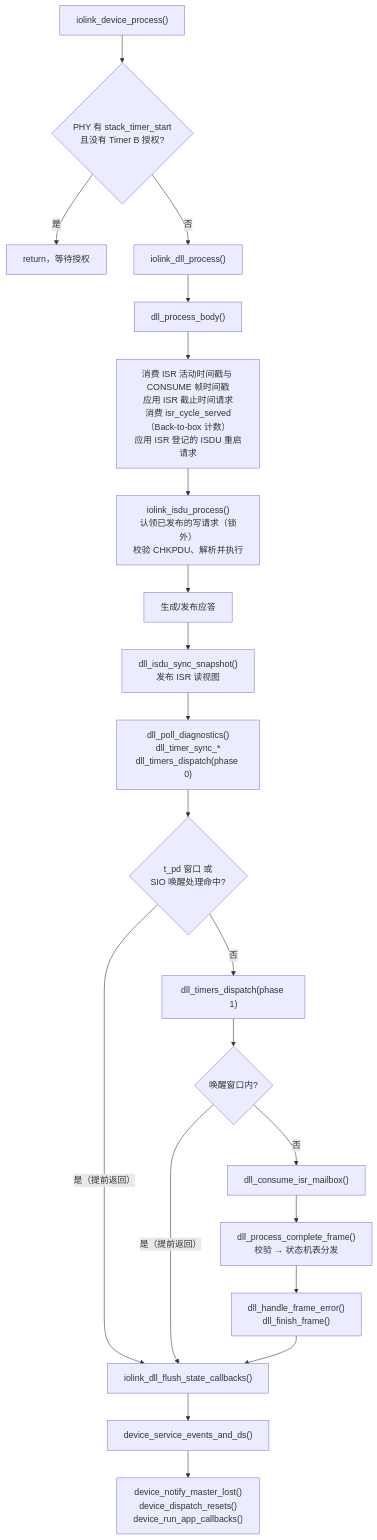
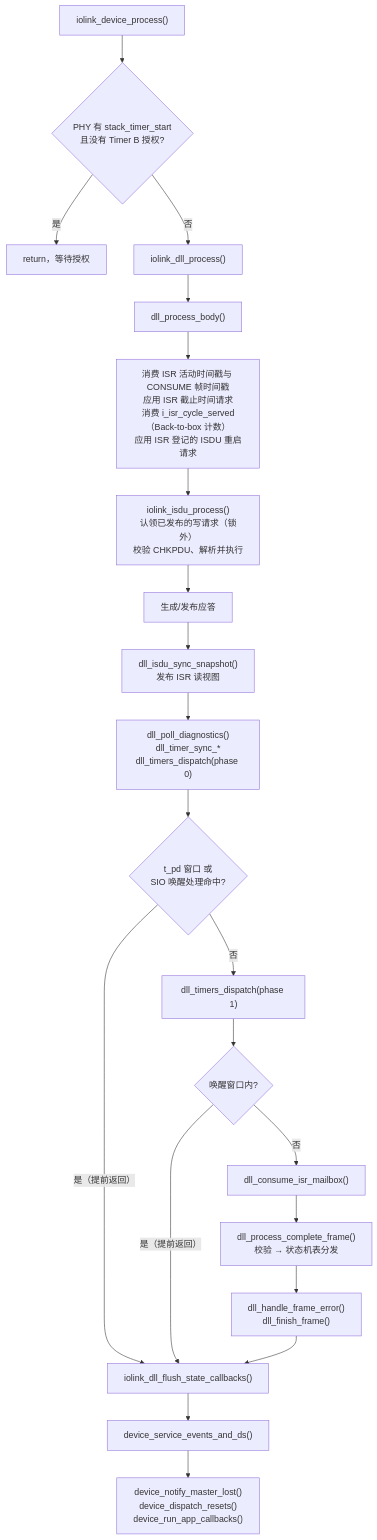
One commit to Adlyq/iolinki changed the fifth of 17 diagrams in docs/CODE_FLOW.md. Above: the diagram before and after it, drawn with Mermaid. The commit also changed other lines of this file and 32 other files, not shown here.

````diff
--- a/docs/CODE_FLOW.md
+++ b/docs/CODE_FLOW.md
@@ -410,23 +410,23 @@
 ```mermaid
 flowchart TD
     A["iolink_device_process()"] --> B{"PHY 有 stack_timer_start<br/>且没有 Timer B 授权?"}
     B -- 是 --> Z["return，等待授权"]
     B -- 否 --> C["iolink_dll_process()"]
     C --> C1["dll_process_body()"]
-    C1 --> C2["消费 ISR 活动时间戳与 CONSUME 帧时间戳<br/>应用 ISR 截止时间请求<br/>消费 isr_cycle_served（Back-to-box 计数）<br/>应用 ISR 登记的 ISDU 重启请求"]
+    C1 --> C2["消费 ISR 活动时间戳与 CONSUME 帧时间戳<br/>应用 ISR 截止时间请求<br/>消费 i_isr_cycle_served（Back-to-box 计数）<br/>应用 ISR 登记的 ISDU 重启请求"]
     C2 --> D["iolink_isdu_process()<br/>认领已发布的写请求（锁外）<br/>校验 CHKPDU、解析并执行"]
     D --> E["生成/发布应答"]
     E --> F["dll_isdu_sync_snapshot()<br/>发布 ISR 读视图"]
     F --> G["dll_poll_diagnostics()<br/>dll_timer_sync_*<br/>dll_timers_dispatch(phase 0)"]
     G --> G1{"t_pd 窗口 或<br/>SIO 唤醒处理命中?"}
     G1 -- "是（提前返回）" --> H
     G1 -- 否 --> G2["dll_timers_dispatch(phase 1)"]
     G2 --> G3{"唤醒窗口内?"}
     G3 -- "是（提前返回）" --> H
     G3 -- 否 --> G4["dll_consume_isr_mailbox()"]
     G4 --> K["dll_process_complete_frame()<br/>校验 → 状态机表分发"]
     K --> K1["dll_handle_frame_error()<br/>dll_finish_frame()"]
     K1 --> H["iolink_dll_flush_state_callbacks()"]
     H --> L["device_service_events_and_ds()"]
     L --> M["device_notify_master_lost()<br/>device_dispatch_resets()<br/>device_run_app_callbacks()"]
 ```
````
